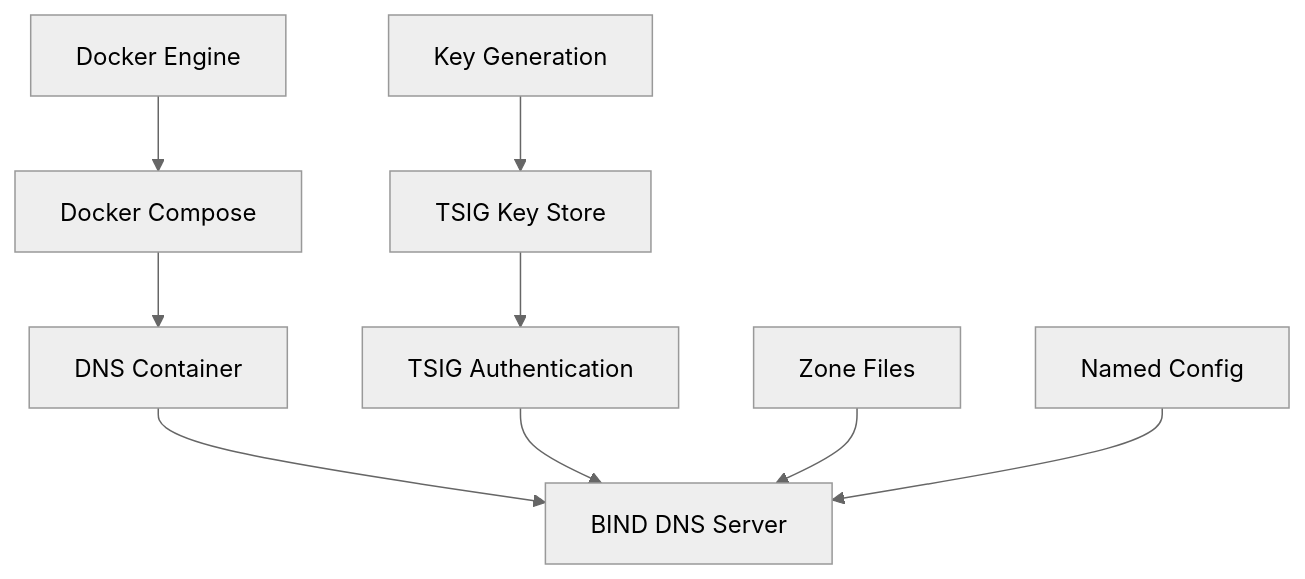
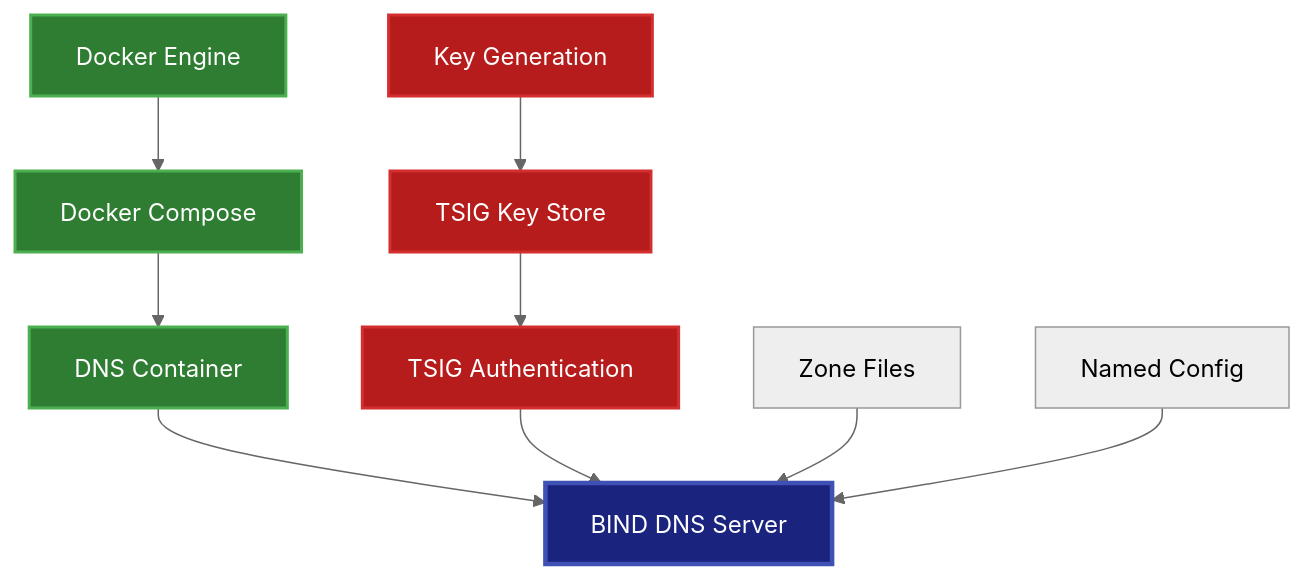
One commit to brunseba/private-dns-zone changed the second of 3 diagrams in docs/components.md. Above: the diagram before and after it, drawn with Mermaid (neutral theme). The commit also changed other lines of this file, not shown here.

````diff
--- a/docs/components.md
+++ b/docs/components.md
@@ -201,11 +396,19 @@
 ```mermaid
 graph TD
     CMP-020[Docker Engine] --> CMP-021[Docker Compose]
     CMP-021 --> CMP-022[DNS Container]
     CMP-022 --> CMP-001[BIND DNS Server]
     CMP-012[Key Generation] --> CMP-011[TSIG Key Store]
     CMP-011 --> CMP-010[TSIG Authentication]
     CMP-010 --> CMP-001
     CMP-002[Zone Files] --> CMP-001
     CMP-003[Named Config] --> CMP-001
+    
+    classDef critical fill:#1a237e,stroke:#3f51b5,stroke-width:3px,color:#ffffff
+    classDef security fill:#b71c1c,stroke:#d32f2f,stroke-width:2px,color:#ffffff
+    classDef container fill:#2e7d32,stroke:#4caf50,stroke-width:2px,color:#ffffff
+    
+    class CMP-001 critical
+    class CMP-010,CMP-011,CMP-012 security
+    class CMP-020,CMP-021,CMP-022 container
 ```
````
